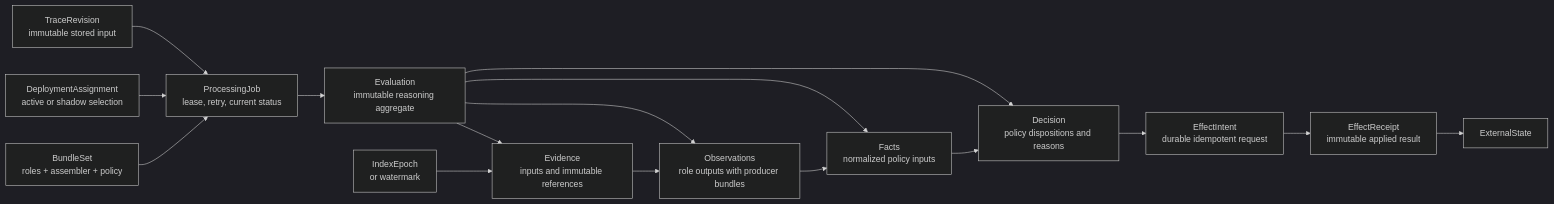
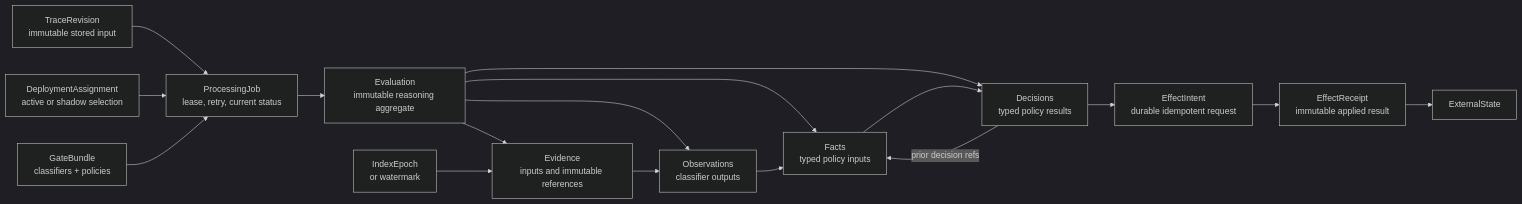
Before and after one commit to TraceCommons/trace-commons: the first of 2 diagrams in docs/redesign/proposal.md, drawn with Mermaid (dark theme). The commit also changed other lines of this file, not shown here.

Commit message:
Separate classifier and action decisions

````diff
--- a/docs/redesign/proposal.md
+++ b/docs/redesign/proposal.md
@@ -193,32 +183,33 @@
 ```mermaid
 flowchart LR
     TR[TraceRevision<br/>immutable stored input]
     DA[DeploymentAssignment<br/>active or shadow selection]
-    BS[BundleSet<br/>roles + assembler + policy]
+    GB[GateBundle<br/>classifiers + policies]
     PJ[ProcessingJob<br/>lease, retry, current status]
     EV[Evaluation<br/>immutable reasoning aggregate]
     ED[Evidence<br/>inputs and immutable references]
-    OB[Observations<br/>role outputs with producer bundles]
-    FA[Facts<br/>normalized policy inputs]
-    DE[Decision<br/>policy dispositions and reasons]
+    OB[Observations<br/>classifier outputs]
+    FA[Facts<br/>typed policy inputs]
+    DE[Decisions<br/>typed policy results]
     EI[EffectIntent<br/>durable idempotent request]
     ER[EffectReceipt<br/>immutable applied result]
     IX[IndexEpoch<br/>or watermark]
     ES[ExternalState]
 
     TR --> PJ
     DA --> PJ
-    BS --> PJ
+    GB --> PJ
     PJ --> EV
     EV --> ED
     EV --> OB
     EV --> FA
     EV --> DE
     ED --> OB
     OB --> FA
     FA --> DE
+    DE -->|prior decision refs| FA
     DE --> EI
     EI --> ER
     IX --> ED
     ER --> ES
 ```
````
